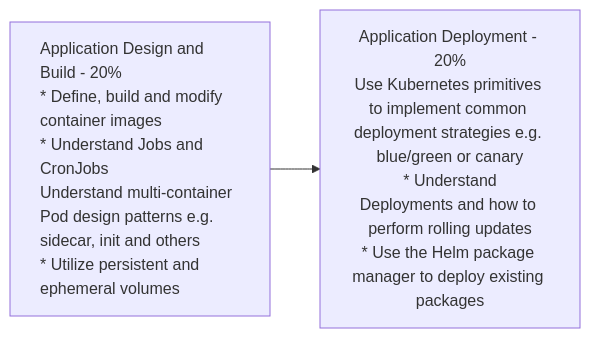
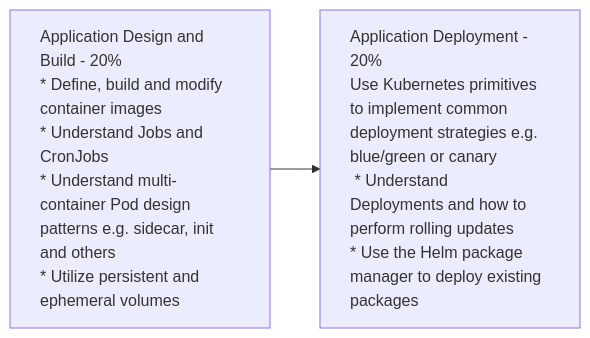
Before and after one commit to edithturn/CKAD-training: the first of 2 diagrams in README.md, drawn with Mermaid. The commit also changed other lines of this file, not shown here.

Commit message:
domain part II

````diff
--- a/README.md
+++ b/README.md
@@ -13,7 +13,8 @@
 ```mermaid
 flowchart LR
-A[Application Design and Build - 20%<br />* Define, build and modify container images<br />* Understand Jobs and CronJobs<br />Understand multi-container Pod design patterns e.g. sidecar, init and others<br />* Utilize persistent and ephemeral volumes] --> B
+A[Application Design and Build - 20%<br />* Define, build and modify container images<br />* Understand Jobs and CronJobs<br />* Understand multi-container Pod design patterns e.g. sidecar, init and others<br />* Utilize persistent and ephemeral volumes] --> B
 style A text-align:left
 
 B[Application Deployment - 20%<br />Use Kubernetes primitives to implement common deployment strategies e.g. blue/green or canary<br /> * Understand Deployments and how to perform rolling updates<br />* Use the Helm package manager to deploy existing packages]
+style B text-align:left
 ```
````
